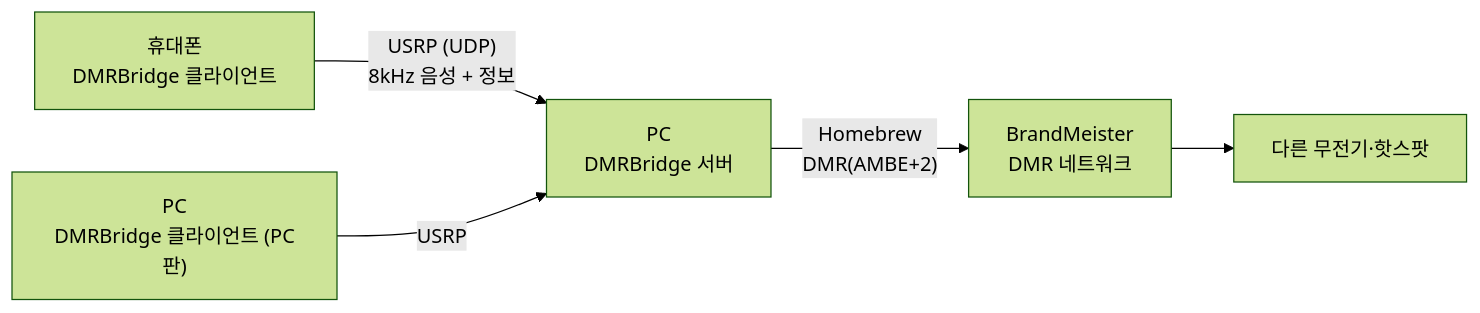
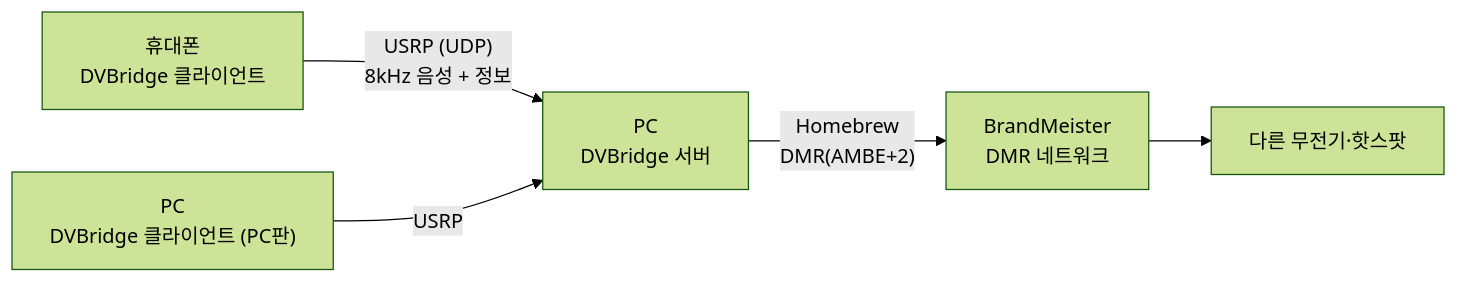
One commit to seunghunchoi-dev/dvbridge-client-android changed the diagram in README.md. Above: the diagram before and after it, drawn with Mermaid (forest theme). The commit also changed other lines of this file and 23 other files, not shown here.

````diff
--- a/README.md
+++ b/README.md
@@ -34,7 +36,7 @@
 ```mermaid
 flowchart LR
-    A["휴대폰<br/>DMRBridge 클라이언트"] -- "USRP (UDP)<br/>8kHz 음성 + 정보" --> B["PC<br/>DMRBridge 서버"]
-    P["PC<br/>DMRBridge 클라이언트 (PC판)"] -- USRP --> B
+    A["휴대폰<br/>DVBridge 클라이언트"] -- "USRP (UDP)<br/>8kHz 음성 + 정보" --> B["PC<br/>DVBridge 서버"]
+    P["PC<br/>DVBridge 클라이언트 (PC판)"] -- USRP --> B
     B -- "Homebrew<br/>DMR(AMBE+2)" --> C["BrandMeister<br/>DMR 네트워크"]
     C --> D["다른 무전기·핫스팟"]
 ```
````
